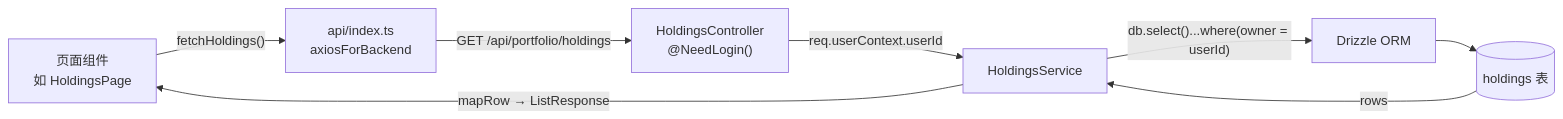
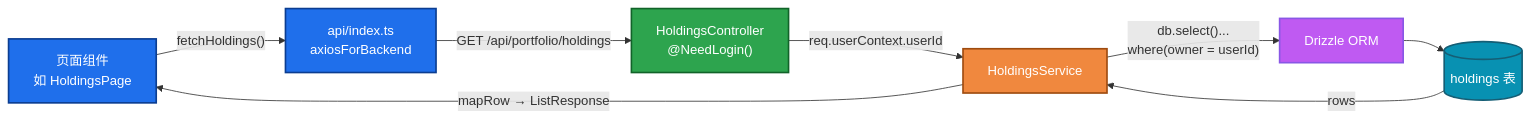
One commit to Lueyu/daily-portfolio-analysis changed the second of 3 diagrams in README.zh-CN.md. Above: the diagram before and after it, drawn with Mermaid. The commit also changed other lines of this file and 1 other file, not shown here.

Commit message:
docs: align Chinese and English README, formal tone, colorful architecture diagrams

````diff
--- a/README.zh-CN.md
+++ b/README.zh-CN.md
@@ -80,10 +73,23 @@
 ```mermaid
 flowchart LR
-    Page["页面组件<br/>如 HoldingsPage"] -->|"fetchHoldings()"| Api["api/index.ts<br/>axiosForBackend"]
-    Api -->|"GET /api/portfolio/holdings"| Ctrl["HoldingsController<br/>@NeedLogin()"]
-    Ctrl -->|"req.userContext.userId"| Svc["HoldingsService"]
-    Svc -->|"db.select()...where(owner = userId)"| Drizzle["Drizzle ORM"]
-    Drizzle --> PG[("holdings 表")]
+    Page["页面组件<br/>如 HoldingsPage"]:::fe
+    Api["api/index.ts<br/>axiosForBackend"]:::fe
+    Ctrl["HoldingsController<br/>@NeedLogin()"]:::ctrl
+    Svc["HoldingsService"]:::svc
+    Drizzle["Drizzle ORM"]:::drv
+    PG[("holdings 表")]:::db
+
+    Page -->|"fetchHoldings()"| Api
+    Api -->|"GET /api/portfolio/holdings"| Ctrl
+    Ctrl -->|"req.userContext.userId"| Svc
+    Svc -->|"db.select()...<br/>where(owner = userId)"| Drizzle
+    Drizzle --> PG
     PG -->|"rows"| Svc
     Svc -->|"mapRow → ListResponse"| Page
+
+    classDef fe fill:#1f6feb,stroke:#0b3d91,color:#ffffff,stroke-width:2px
+    classDef ctrl fill:#2da44e,stroke:#116329,color:#ffffff,stroke-width:2px
+    classDef svc fill:#f0883e,stroke:#9e4b0f,color:#ffffff,stroke-width:2px
+    classDef drv fill:#bf5af2,stroke:#8957e5,color:#ffffff,stroke-width:2px
+    classDef db fill:#0891b2,stroke:#155e75,color:#ffffff,stroke-width:2px
 ```
````
